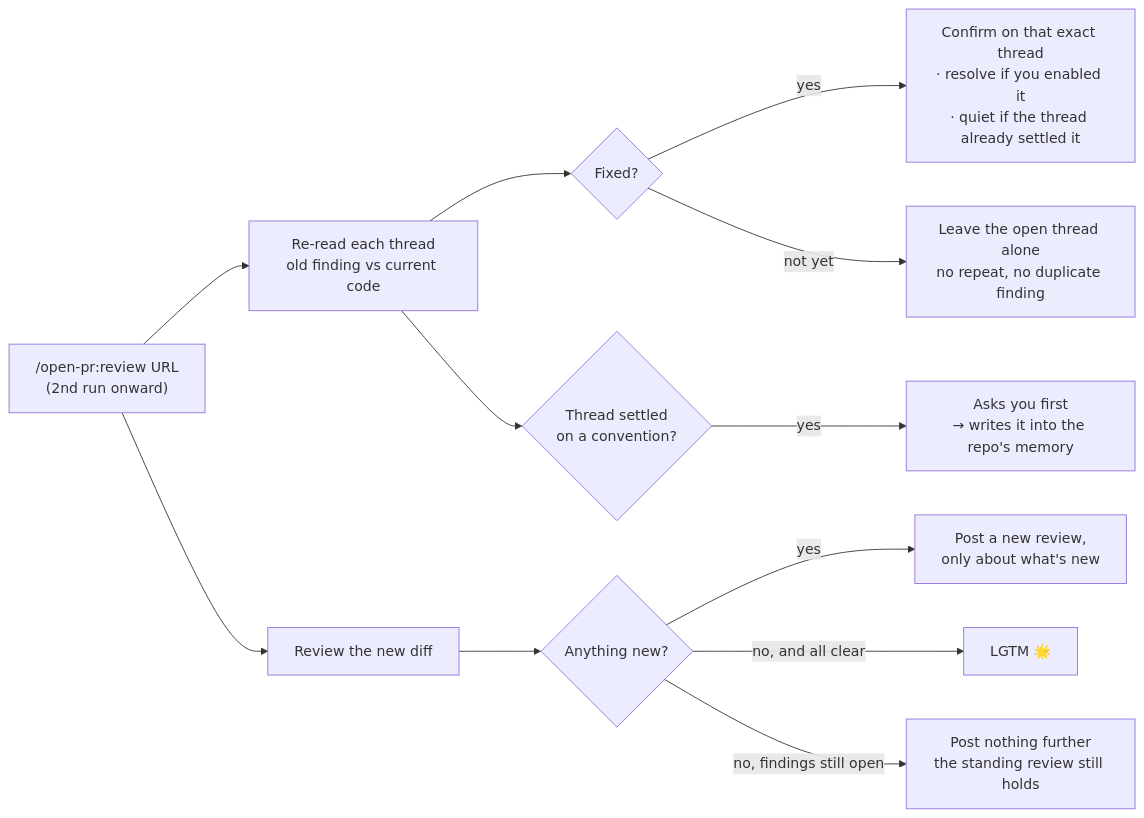
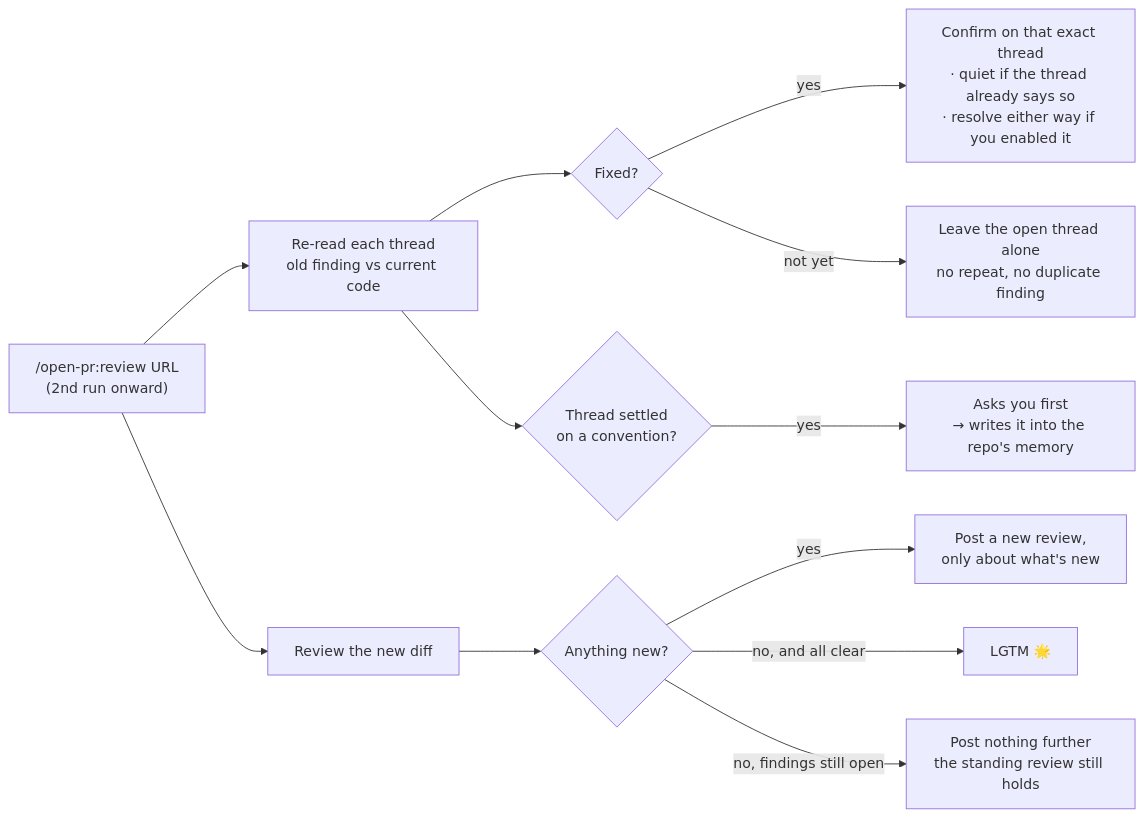
One commit to TOMOSIA-VIETNAM/open-pr changed the first of 2 diagrams in docs/how-it-works.md. Above: the diagram before and after it, drawn with Mermaid. The commit also changed 7 other files, not shown here.

First line of the commit message:
fix(re-review): resolve a thread whose reply already confirms the fix

````diff
--- a/docs/how-it-works.md
+++ b/docs/how-it-works.md
@@ -13,14 +13,14 @@
 ```mermaid
 flowchart LR
   A["/open-pr:review URL<br/>(2nd run onward)"] --> B[Re-read each thread<br/>old finding vs current code]
   B --> C{Fixed?}
-  C -- yes --> D["Confirm on that exact thread<br/>· resolve if you enabled it<br/>· quiet if the thread already settled it"]
+  C -- yes --> D["Confirm on that exact thread<br/>· quiet if the thread already says so<br/>· resolve either way if you enabled it"]
   C -- not yet --> E["Leave the open thread alone<br/>no repeat, no duplicate finding"]
   B --> F{Thread settled<br/>on a convention?}
   F -- yes --> G["Asks you first<br/>→ writes it into the repo's memory"]
   A --> H[Review the new diff]
   H --> I{Anything new?}
   I -- yes --> J["Post a new review,<br/>only about what's new"]
   I -- no, and all clear --> K[LGTM 🌟]
   I -- no, findings still open --> L["Post nothing further<br/>the standing review still holds"]
 ```
````
